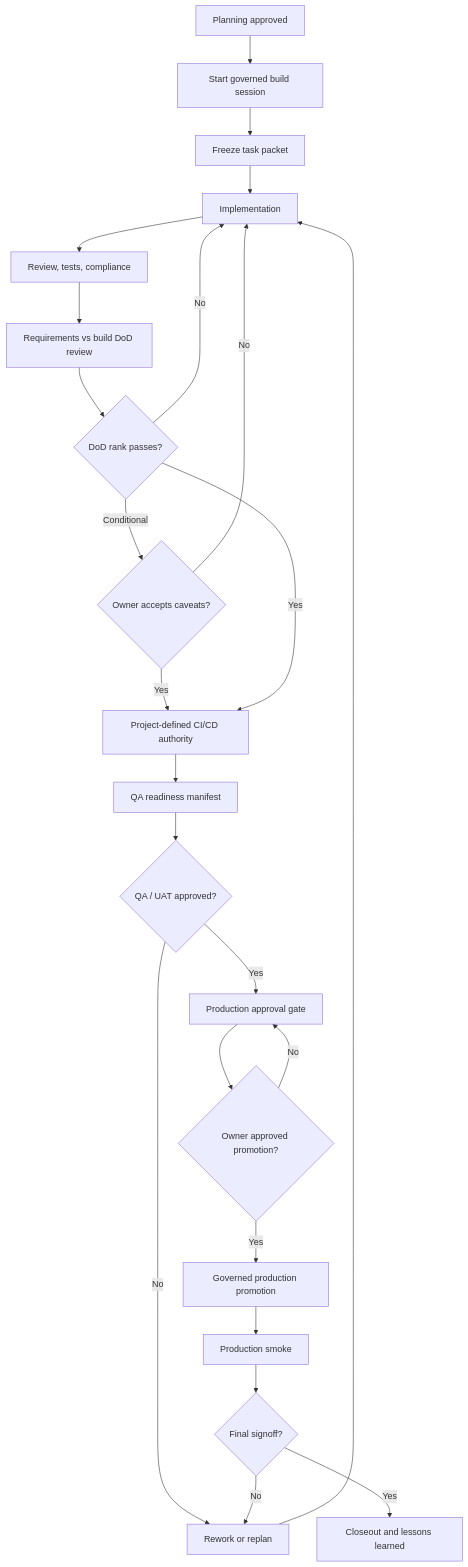
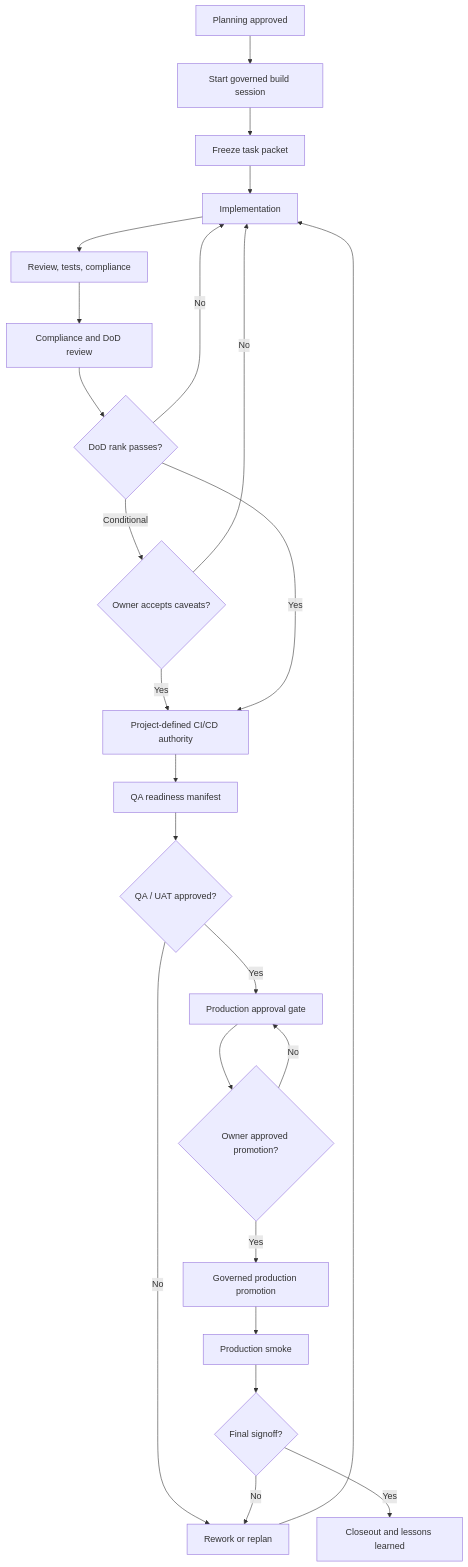
One commit to Holovkat/designs changed the second of 2 diagrams in README.md. Above: the diagram before and after it, drawn with Mermaid. The commit also changed other lines of this file and 8 other files, not shown here.

Commit message:
docs(workflow): fold DoD into compliance review

````diff
--- a/README.md
+++ b/README.md
@@ -54,26 +54,26 @@
 ```mermaid
 flowchart TD
   A["Planning approved"] --> B["Start governed build session"]
   B --> C["Freeze task packet"]
   C --> D["Implementation"]
   D --> E["Review, tests, compliance"]
-  E --> F["Requirements vs build DoD review"]
+  E --> F["Compliance and DoD review"]
   F --> G{"DoD rank passes?"}
   G -->|"No"| D
   G -->|"Conditional"| H{"Owner accepts caveats?"}
   H -->|"No"| D
   H -->|"Yes"| I
   G -->|"Yes"| I["Project-defined CI/CD authority"]
   I --> J["QA readiness manifest"]
   J --> K{"QA / UAT approved?"}
   K -->|"No"| L["Rework or replan"]
   L --> D
   K -->|"Yes"| M["Production approval gate"]
   M --> N{"Owner approved promotion?"}
   N -->|"No"| M
   N -->|"Yes"| O["Governed production promotion"]
   O --> P["Production smoke"]
   P --> Q{"Final signoff?"}
   Q -->|"No"| L
   Q -->|"Yes"| R["Closeout and lessons learned"]
 ```
````
